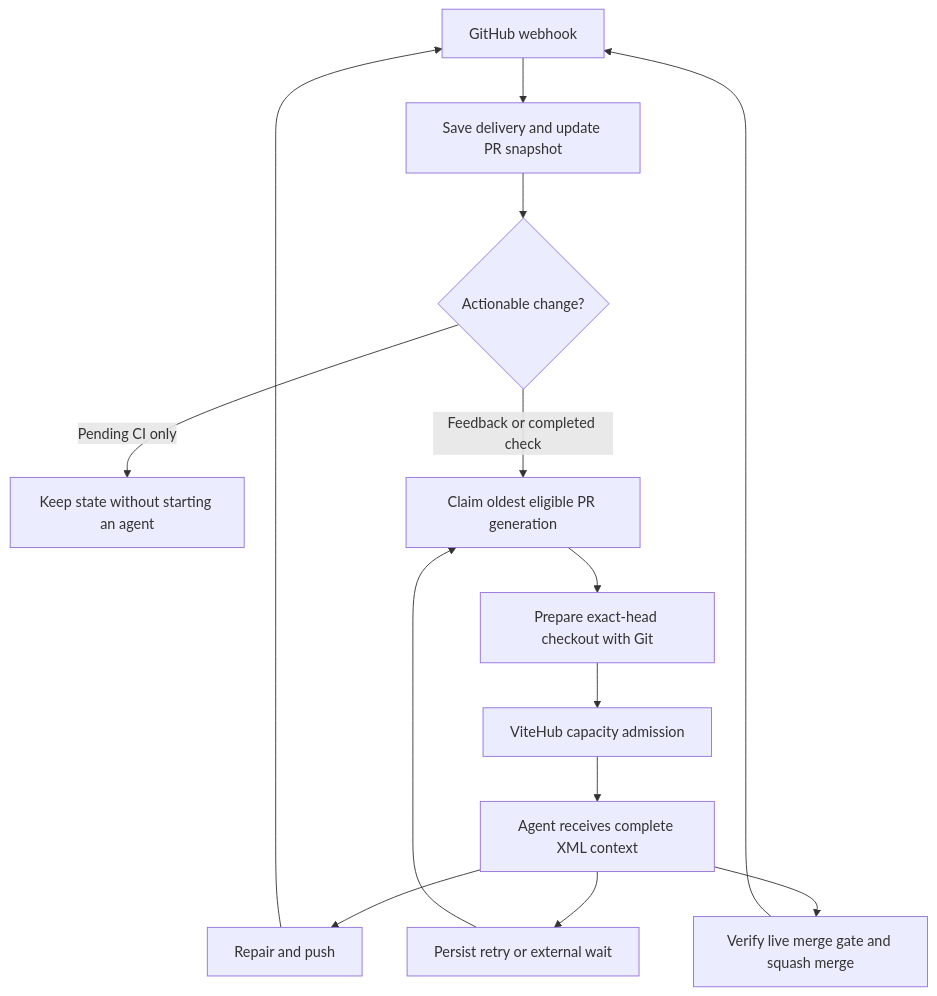
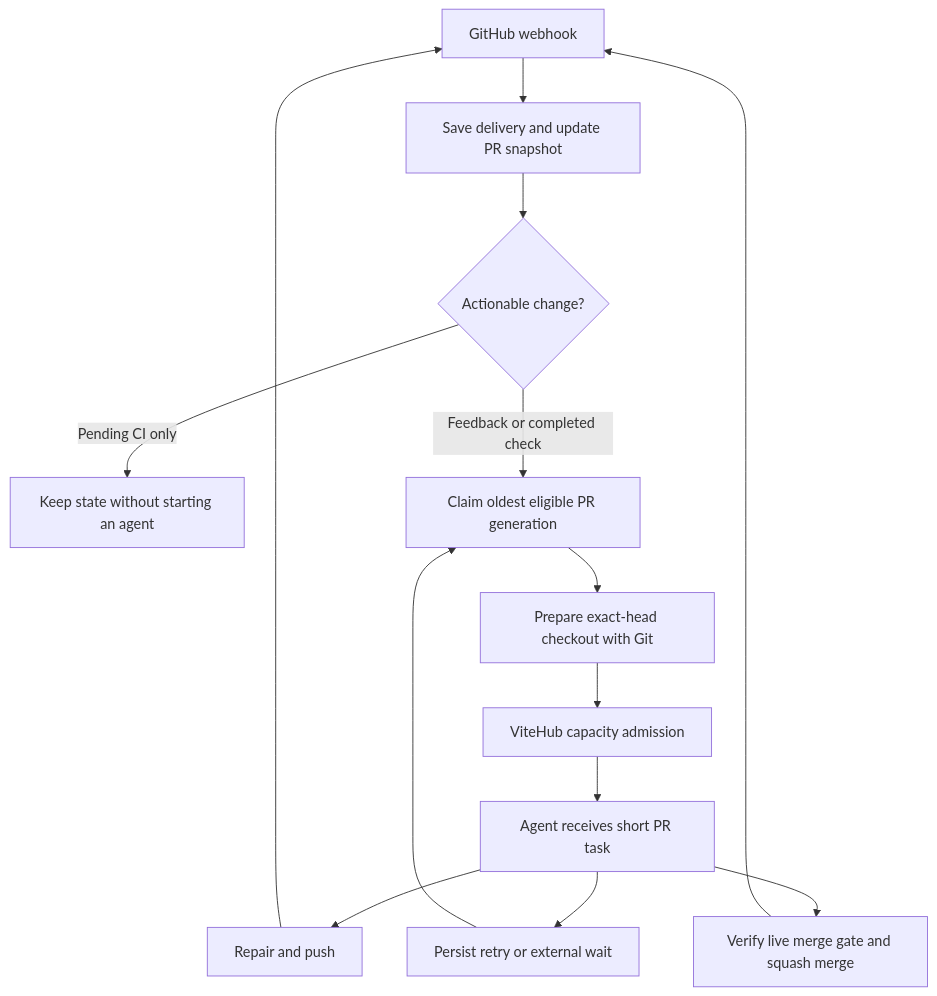
One commit to vite-hub/babysitter changed the diagram in README.md. Above: the diagram before and after it, drawn with Mermaid. The commit also changed other lines of this file and 47 other files, not shown here.

````diff
--- a/README.md
+++ b/README.md
@@ -7,16 +7,16 @@
 ```mermaid
 flowchart TD
     webhook[GitHub webhook] --> inbox[Save delivery and update PR snapshot]
     inbox --> eligible{Actionable change?}
     eligible -- Pending CI only --> wait[Keep state without starting an agent]
     eligible -- Feedback or completed check --> queue[Claim oldest eligible PR generation]
     queue --> checkout[Prepare exact-head checkout with Git]
     checkout --> capacity[ViteHub capacity admission]
-    capacity --> agent[Agent receives complete XML context]
+    capacity --> agent[Agent receives short PR task]
     agent --> repair[Repair and push]
     agent --> merge[Verify live merge gate and squash merge]
     agent --> retry[Persist retry or external wait]
     repair --> webhook
     merge --> webhook
     retry --> queue
 ```
````
